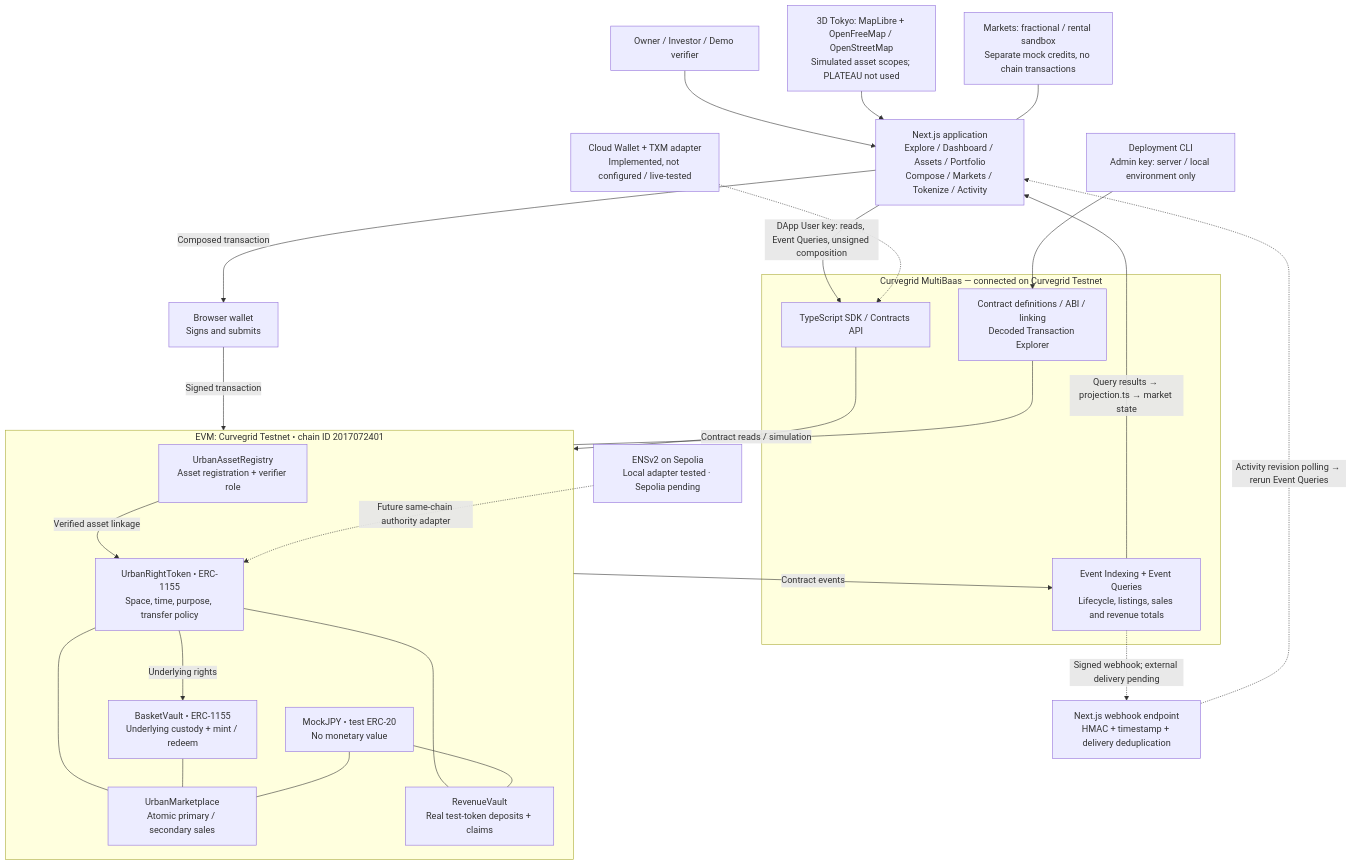
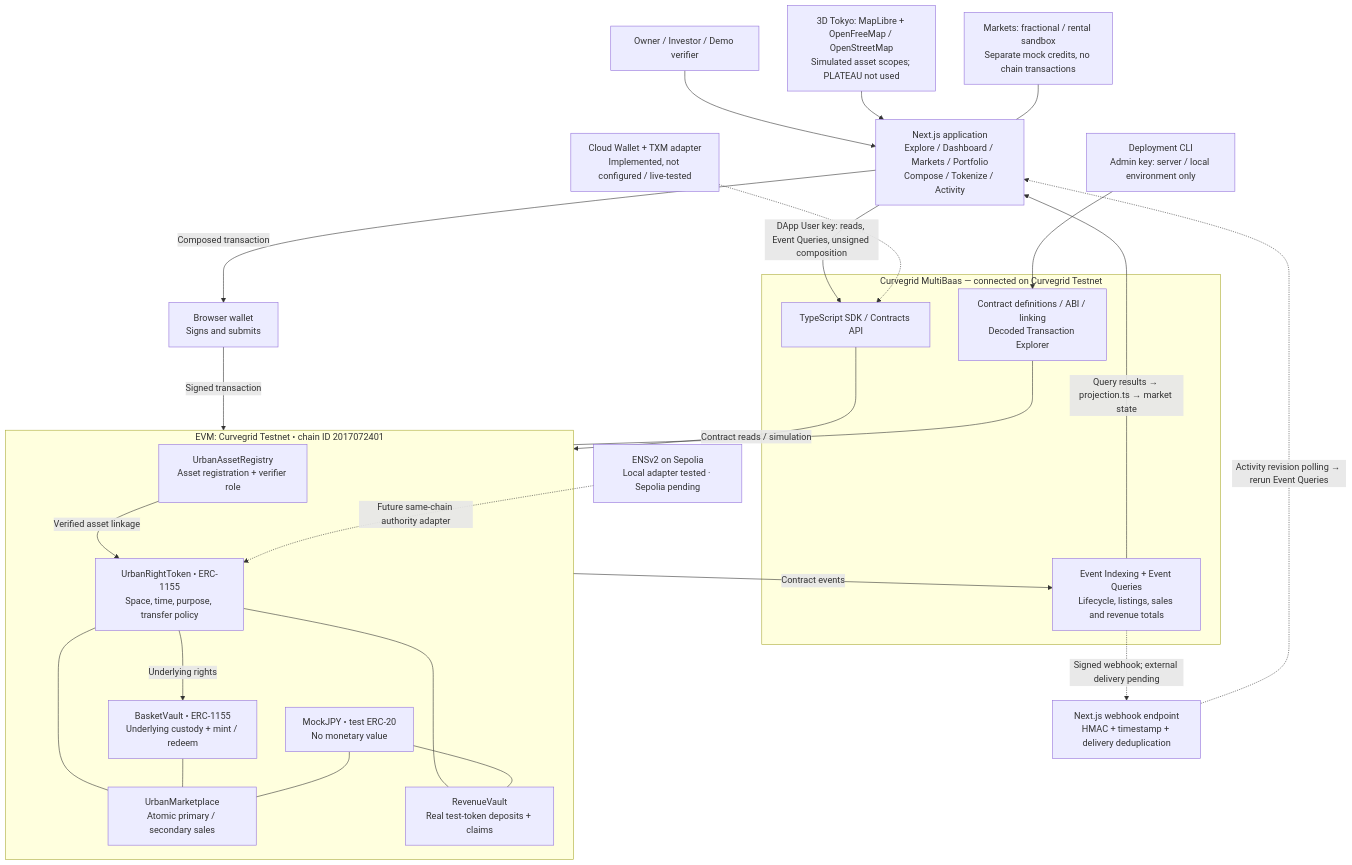
One commit to natsukingly/tokenize-tokyo changed the first of 4 diagrams in README.md. Above: the diagram before and after it, drawn with Mermaid. The commit also changed other lines of this file and 5 other files, not shown here.

````diff
--- a/README.md
+++ b/README.md
@@ -176,39 +187,39 @@
 ```mermaid
 flowchart TB
     User["Owner / Investor / Demo verifier"] --> UI
     Map["3D Tokyo: MapLibre + OpenFreeMap / OpenStreetMap\nSimulated asset scopes; PLATEAU not used"] --> UI
-    UI["Next.js application\nExplore / Dashboard / Assets / Portfolio\nCompose / Markets / Tokenize / Activity"]
+    UI["Next.js application\nExplore / Dashboard / Markets / Portfolio\nCompose / Tokenize / Activity"]
     UI -->|"DApp User key: reads, Event Queries, unsigned composition"| MB
     subgraph Backend["Curvegrid MultiBaas — connected on Curvegrid Testnet"]
         MB["TypeScript SDK / Contracts API"]
         Index["Event Indexing + Event Queries\nLifecycle, listings, sales and revenue totals"]
         Management["Contract definitions / ABI / linking\nDecoded Transaction Explorer"]
     end
     UI -->|"Composed transaction"| Wallet["Browser wallet\nSigns and submits"]
     Wallet -->|"Signed transaction"| Chain
     MB -->|"Contract reads / simulation"| Chain
     subgraph Chain["EVM: Curvegrid Testnet • chain ID 2017072401"]
         Registry["UrbanAssetRegistry\nAsset registration + verifier role"]
         Rights["UrbanRightToken • ERC-1155\nSpace, time, purpose, transfer policy"]
         Market["UrbanMarketplace\nAtomic primary / secondary sales"]
         Revenue["RevenueVault\nReal test-token deposits + claims"]
         Basket["BasketVault • ERC-1155\nUnderlying custody + mint / redeem"]
         Cash["MockJPY • test ERC-20\nNo monetary value"]
         Registry -->|"Verified asset linkage"| Rights
         Rights --- Market
         Rights --- Revenue
         Rights -->|"Underlying rights"| Basket
         Basket --- Market
         Cash --- Market
         Cash --- Revenue
     end
     Chain -->|"Contract events"| Index
     Index -->|"Query results → projection.ts → market state"| UI
     Admin["Deployment CLI\nAdmin key: server / local environment only"] --> Management
     Management --- Chain
     Index -.->|"Signed webhook; external delivery pending"| Hook["Next.js webhook endpoint\nHMAC + timestamp + delivery deduplication"]
     Hook -.->|"Activity revision polling → rerun Event Queries"| UI
     ENS["ENSv2 on Sepolia\nLocal adapter tested · Sepolia pending"] -.->|"Future same-chain authority adapter"| Rights
     Operator["Cloud Wallet + TXM adapter\nImplemented, not configured / live-tested"] -.-> MB
     Lab["Markets: fractional / rental sandbox\nSeparate mock credits, no chain transactions"] --- UI
 ```
````
